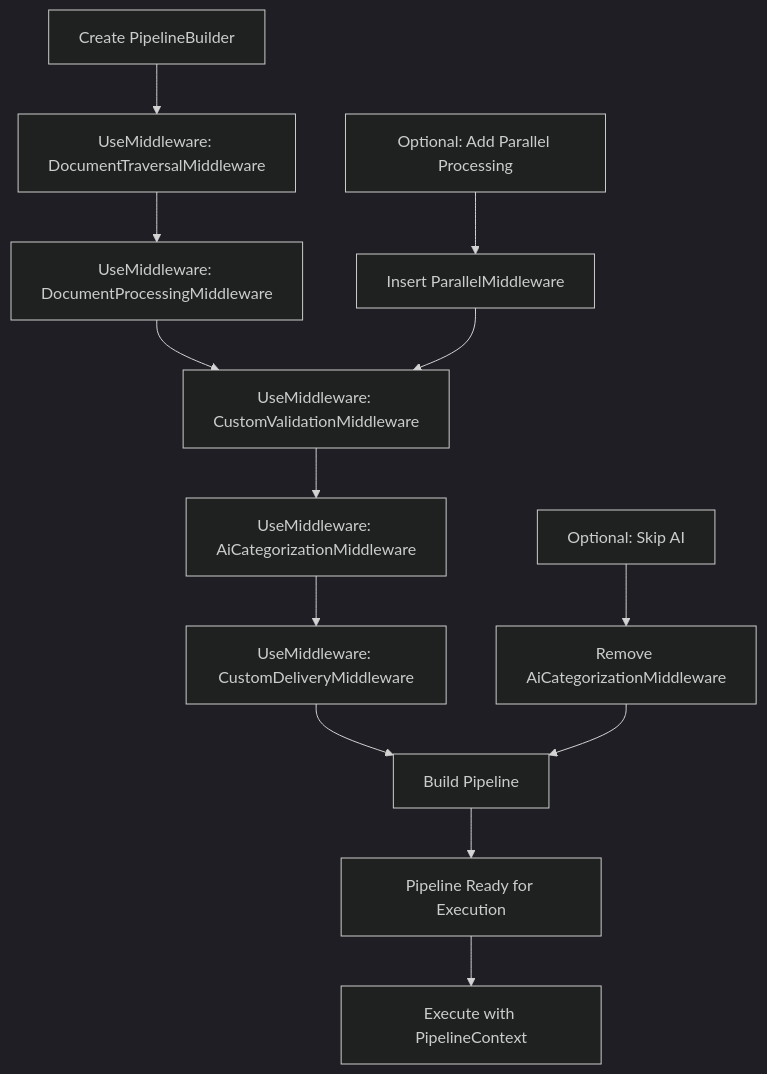
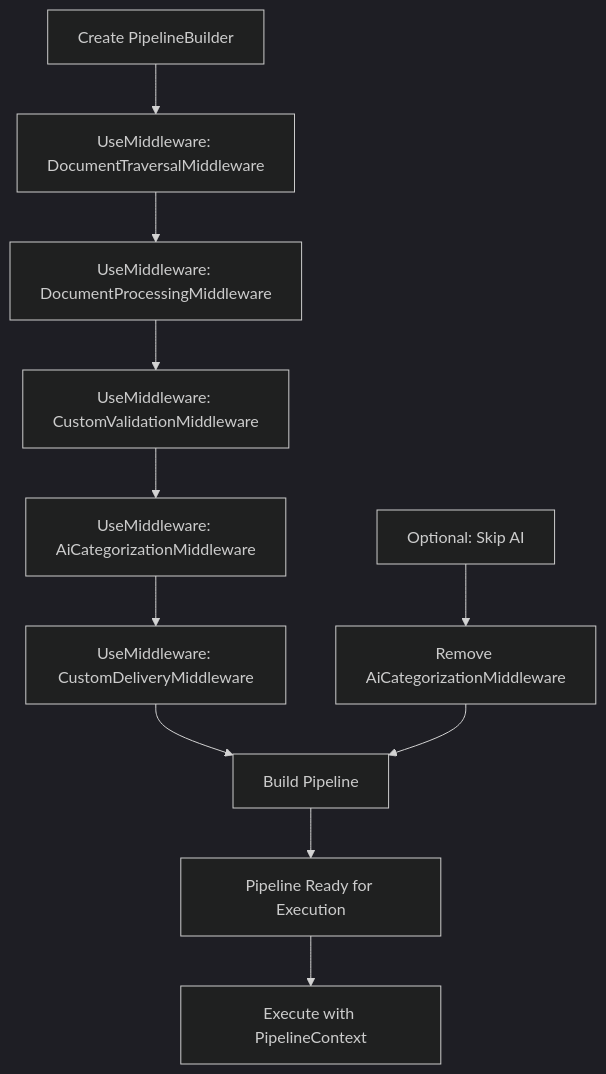
Before and after one commit to durmisi/DocIngest: the diagram in README.md, drawn with Mermaid (dark theme).

Commit message:
Remove optional parallel processing section from pipeline diagram in README

````diff
--- a/README.md
+++ b/README.md
@@ -53,18 +53,15 @@
 ```mermaid
 graph TD
     B[Create PipelineBuilder]
     B --> C[UseMiddleware: DocumentTraversalMiddleware]
     C --> D[UseMiddleware: DocumentProcessingMiddleware]
     D --> E[UseMiddleware: CustomValidationMiddleware]
     E --> F[UseMiddleware: AiCategorizationMiddleware]
     F --> G[UseMiddleware: CustomDeliveryMiddleware]
     G --> H[Build Pipeline]
     H --> I[Pipeline Ready for Execution]
     I --> J[Execute with PipelineContext]
 
     K[Optional: Skip AI] --> L[Remove AiCategorizationMiddleware]
     L --> H
-
-    M[Optional: Add Parallel Processing] --> N[Insert ParallelMiddleware]
-    N --> E
 ```
````
